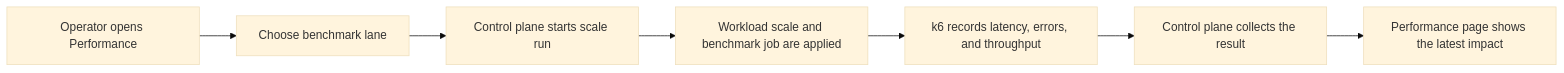
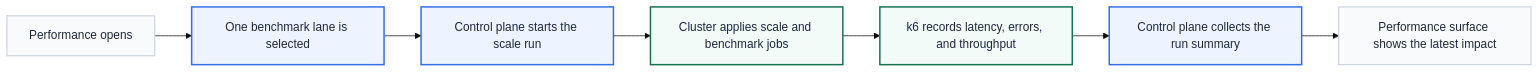
The diagram in docs/scalability.md (sanjayb-28/Team-Dev2Prod-PE-Hack), drawn with Mermaid (base theme) before and after one commit. The commit also changed other lines of this file and 23 other files, not shown here.

````diff
--- a/docs/scalability.md
+++ b/docs/scalability.md
@@ -21,9 +26,17 @@
 ```mermaid
 flowchart LR
-    A["Operator opens Performance"] --> B["Choose benchmark lane"]
-    B --> C["Control plane starts scale run"]
-    C --> D["Workload scale and benchmark job are applied"]
-    D --> E["k6 records latency, errors, and throughput"]
-    E --> F["Control plane collects the result"]
-    F --> G["Performance page shows the latest impact"]
+    Start["Performance opens"] --> Lane["One benchmark lane is selected"]
+    Lane --> Run["Control plane starts the scale run"]
+    Run --> Apply["Cluster applies scale and benchmark jobs"]
+    Apply --> Measure["k6 records latency, errors, and throughput"]
+    Measure --> Summarize["Control plane collects the run summary"]
+    Summarize --> Read["Performance surface shows the latest impact"]
+
+    classDef neutral fill:#F8FAFC,stroke:#CBD5E1,color:#1E293B,stroke-width:1.6px;
+    classDef scale fill:#EEF4FF,stroke:#326DE6,color:#1B2840,stroke-width:2px;
+    classDef optimize fill:#F2FBF7,stroke:#17714F,color:#1B2840,stroke-width:2px;
+
+    class Start,Read neutral
+    class Lane,Run,Summarize scale
+    class Apply,Measure optimize
 ```
````
